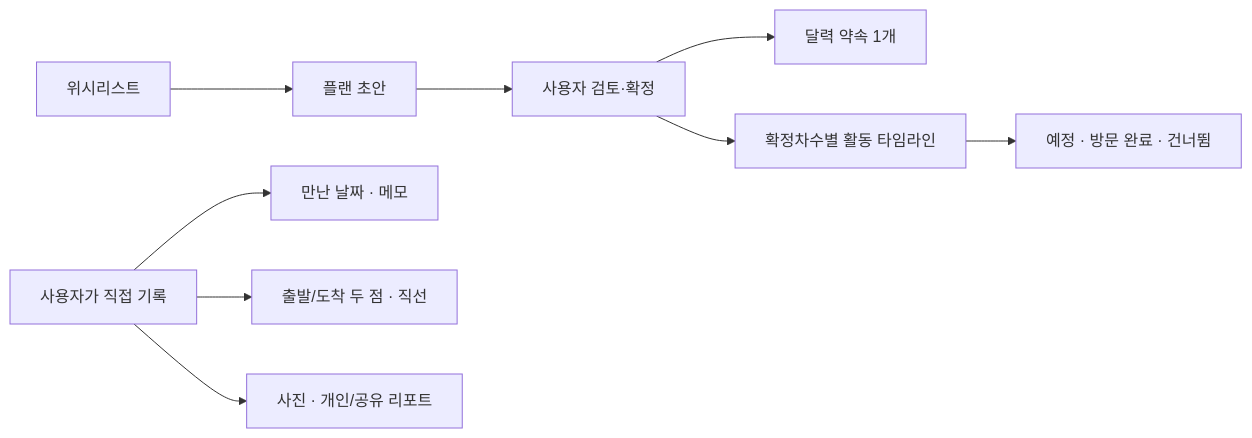
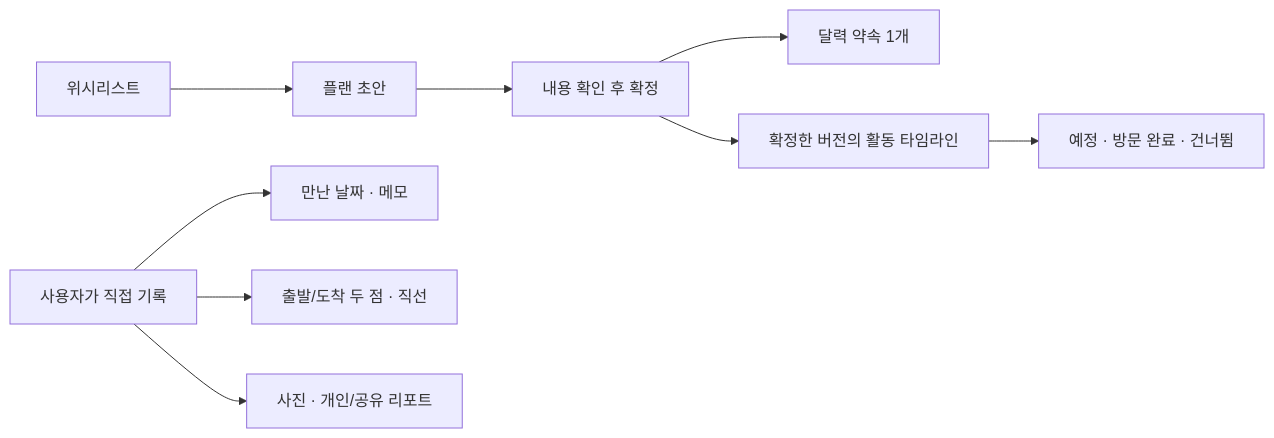
Before and after one commit to jhpark-jarvis/we2day: the second of 5 diagrams in guides/architecture.md, drawn with Mermaid. The commit also changed other lines of this file and 6 other files, not shown here.

````diff
--- a/guides/architecture.md
+++ b/guides/architecture.md
@@ -74,11 +55,11 @@
 ```mermaid
 flowchart LR
   Wish["위시리스트"] --> Draft["플랜 초안"]
-  Draft --> Review["사용자 검토·확정"]
+  Draft --> Review["내용 확인 후 확정"]
   Review --> Appointment["달력 약속 1개"]
-  Review --> Timeline["확정차수별 활동 타임라인"]
+  Review --> Timeline["확정한 버전의 활동 타임라인"]
   Timeline --> Progress["예정 · 방문 완료 · 건너뜀"]
   Manual["사용자가 직접 기록"] --> Meeting["만난 날짜 · 메모"]
   Manual --> Route["출발/도착 두 점 · 직선"]
   Manual --> Memory["사진 · 개인/공유 리포트"]
 ```
````
